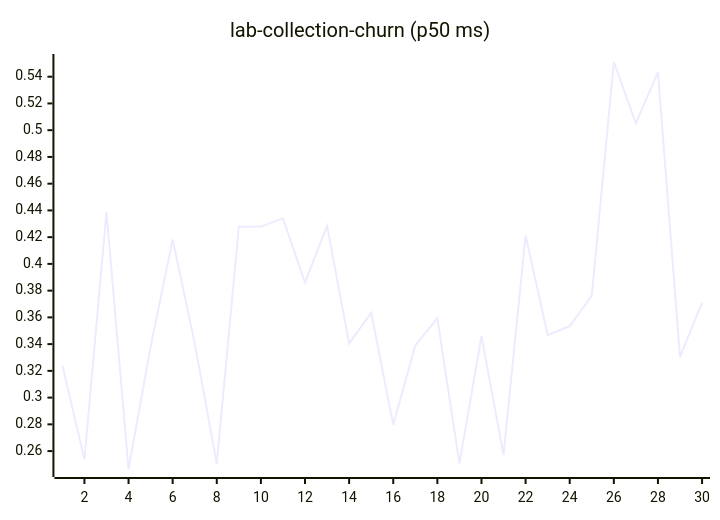
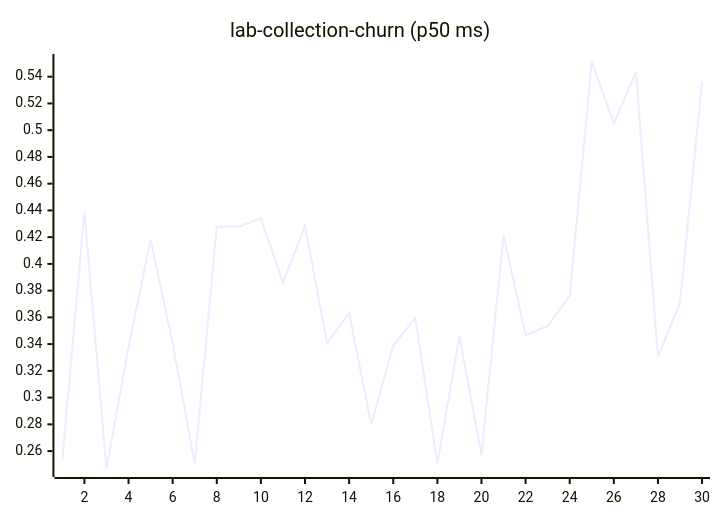
Diagram 11 of 27 in README.md (josha/Facet), drawn with Mermaid before and after one commit. The commit also changed other lines of this file and 2 other files, not shown here.

````diff
--- a/README.md
+++ b/README.md
@@ -133,6 +133,6 @@
 ```mermaid
 xychart-beta
     title "lab-collection-churn (p50 ms)"
     x-axis 1 --> 30
-    line [0.3242, 0.2538, 0.4387, 0.2466, 0.3379, 0.4183, 0.3407, 0.2505, 0.4278, 0.4279, 0.4341, 0.3861, 0.4284, 0.3405, 0.3635, 0.2798, 0.3389, 0.3594, 0.2506, 0.3460, 0.2571, 0.4213, 0.3468, 0.3535, 0.3763, 0.5510, 0.5051, 0.5435, 0.3305, 0.3710]
+    line [0.2538, 0.4387, 0.2466, 0.3379, 0.4183, 0.3407, 0.2505, 0.4278, 0.4279, 0.4341, 0.3861, 0.4284, 0.3405, 0.3635, 0.2798, 0.3389, 0.3594, 0.2506, 0.3460, 0.2571, 0.4213, 0.3468, 0.3535, 0.3763, 0.5510, 0.5051, 0.5435, 0.3305, 0.3710, 0.5363]
 ```
````
